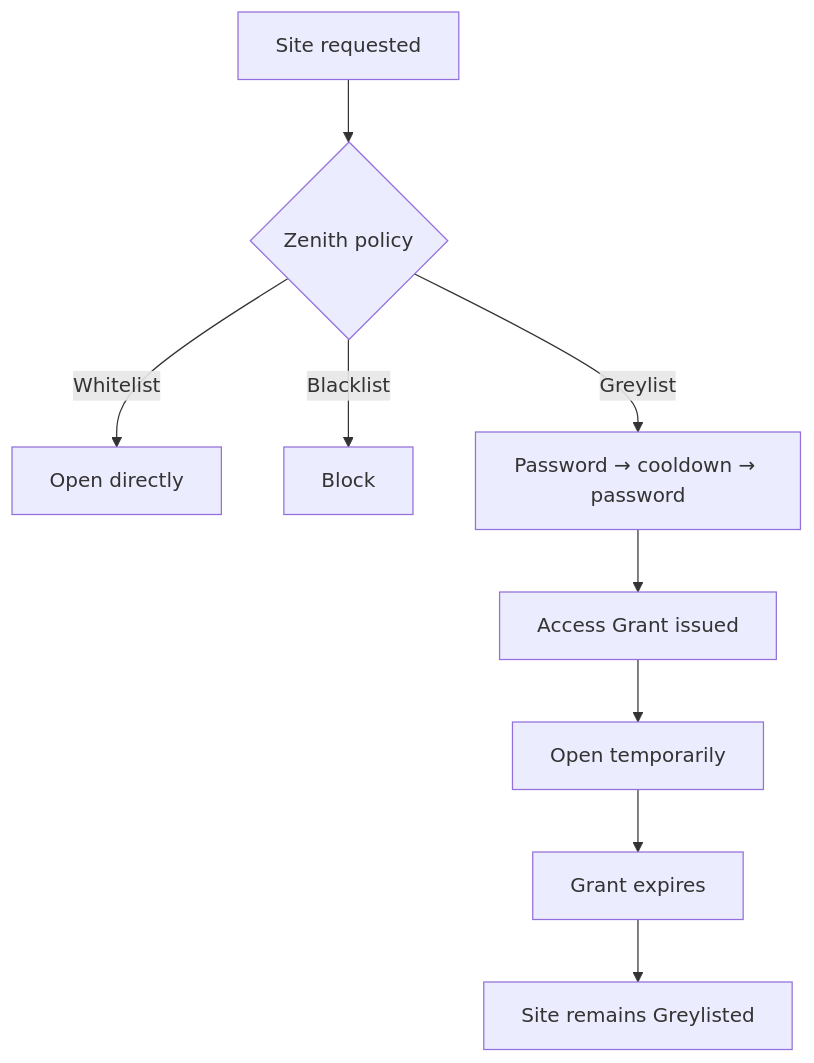
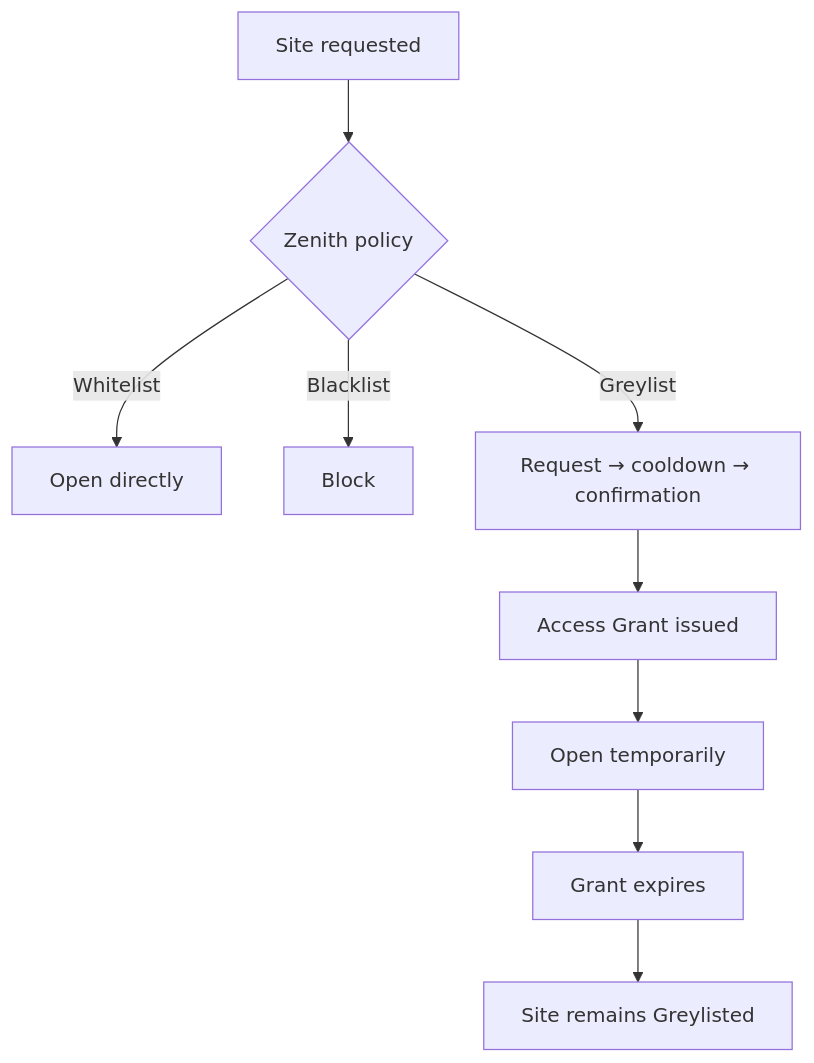
The diagram in README.md (JinhaoR/Zenith), drawn with Mermaid before and after one commit. The commit also changed other lines of this file and 63 other files, not shown here.

```diff
--- a/README.md
+++ b/README.md
@@ -19,16 +19,16 @@
 ~~~mermaid
 flowchart TD
     Request["Site requested"] --> Classify{"Zenith policy"}
 
     Classify -->|Whitelist| Open["Open directly"]
 
     Classify -->|Blacklist| Block["Block"]
 
-    Classify -->|Greylist| Gate["Password → cooldown → password"]
+    Classify -->|Greylist| Gate["Request → cooldown → confirmation"]
 
     Gate --> Grant["Access Grant issued"]
     Grant --> OpenTemp["Open temporarily"]
 
     OpenTemp --> Expire["Grant expires"]
     Expire --> Greylist["Site remains Greylisted"]
 ~~~
```
